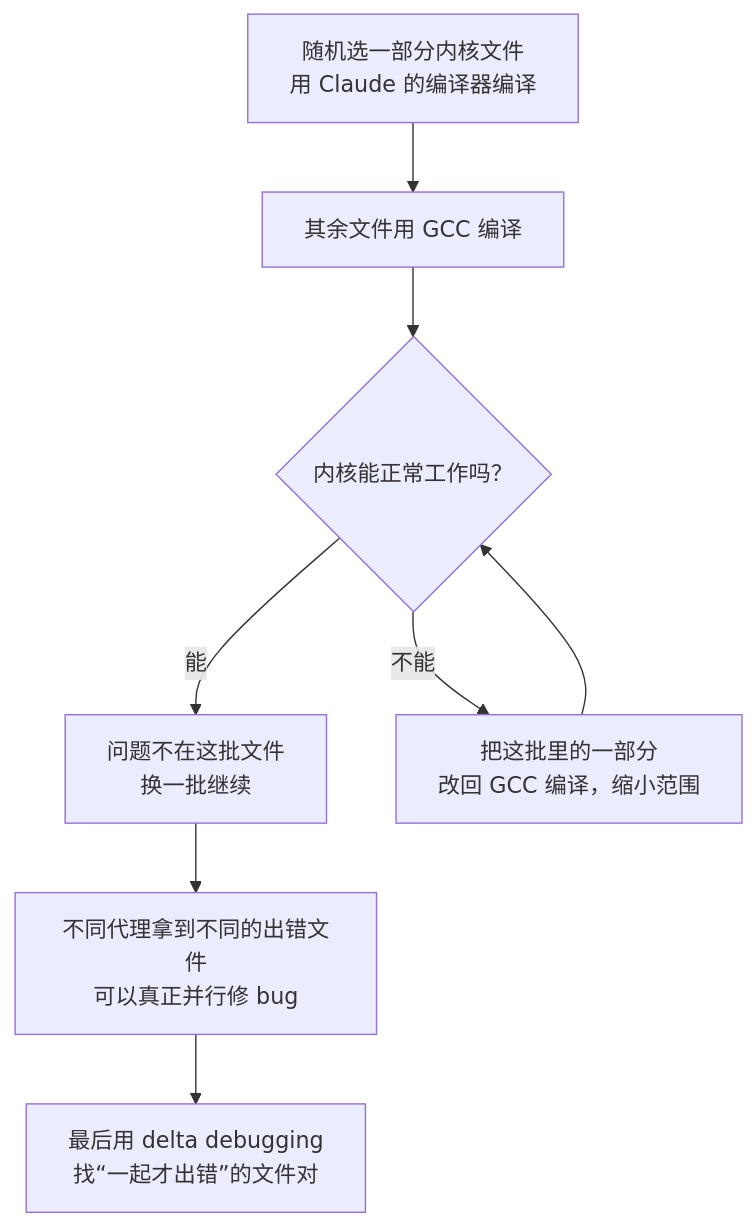
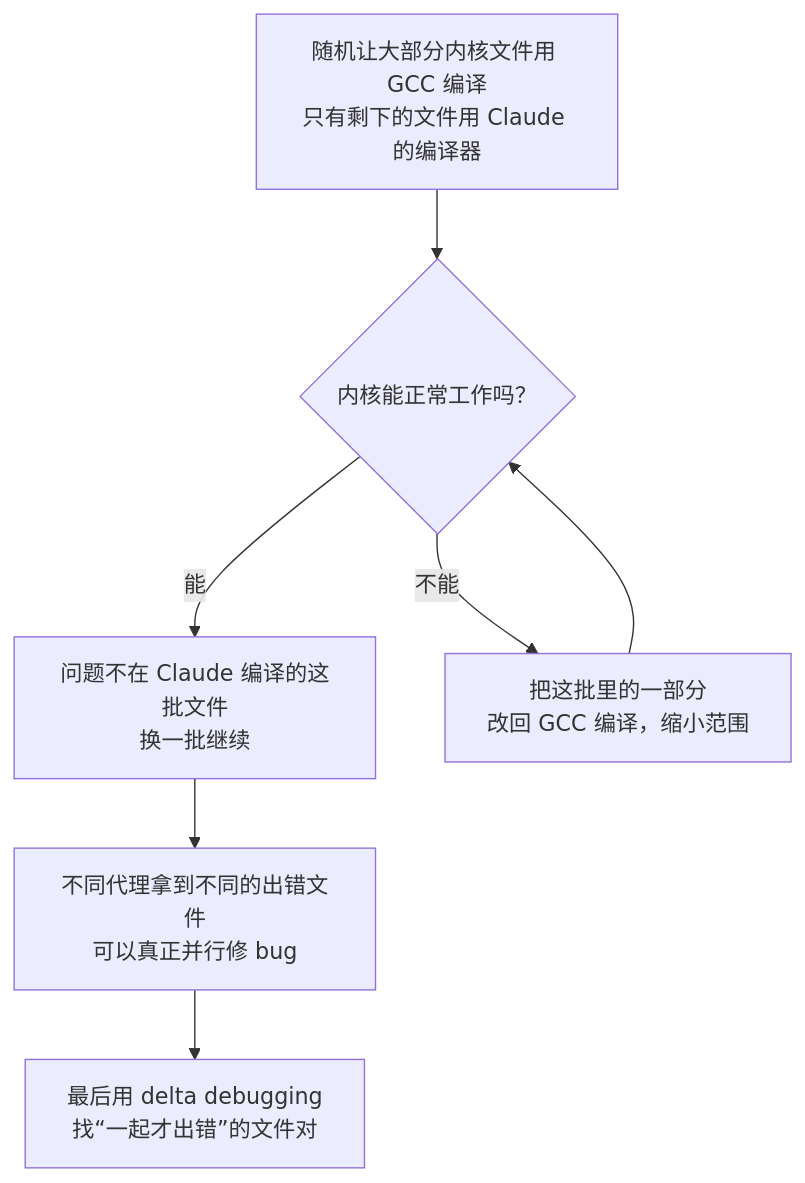
Before and after one commit to yzw7489757/ai-coding-videos: the third of 3 diagrams in docs/17-anthropic-c-compiler-agent-teams.md, drawn with Mermaid. The commit also changed other lines of this file and 6 other files, not shown here.

````diff
--- a/docs/17-anthropic-c-compiler-agent-teams.md
+++ b/docs/17-anthropic-c-compiler-agent-teams.md
@@ -123,10 +186,9 @@
 ```mermaid
 flowchart TD
-    S["随机选一部分内核文件<br/>用 Claude 的编译器编译"] --> R["其余文件用 GCC 编译"]
-    R --> B{"内核能正常工作吗？"}
-    B -- 能 --> OK["问题不在这批文件<br/>换一批继续"]
+    S["随机让大部分内核文件用 GCC 编译<br/>只有剩下的文件用 Claude 的编译器"] --> B{"内核能正常工作吗？"}
+    B -- 能 --> OK["问题不在 Claude 编译的这批文件<br/>换一批继续"]
     B -- 不能 --> N["把这批里的一部分<br/>改回 GCC 编译，缩小范围"]
     N --> B
     OK --> P["不同代理拿到不同的出错文件<br/>可以真正并行修 bug"]
     P --> DD["最后用 delta debugging<br/>找“一起才出错”的文件对"]
 ```
````
